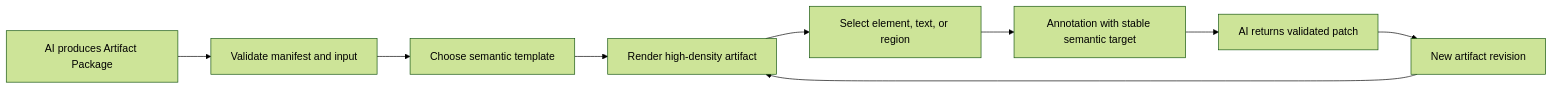
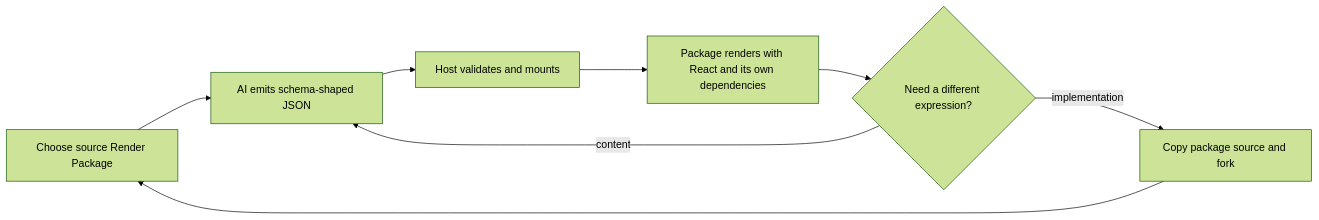
One commit to MivoAI/open-artifacts changed the diagram in docs/product-brief.md. Above: the diagram before and after it, drawn with Mermaid (forest theme). The commit also changed other lines of this file and 46 other files, not shown here.

Commit message:
feat: define source-first render package format

````diff
--- a/docs/product-brief.md
+++ b/docs/product-brief.md
@@ -23,11 +27,10 @@
 ```mermaid
 flowchart LR
-    A[AI produces Artifact Package] --> B[Validate manifest and input]
-    B --> C[Choose semantic template]
-    C --> D[Render high-density artifact]
-    D --> E[Select element, text, or region]
-    E --> F[Annotation with stable semantic target]
-    F --> G[AI returns validated patch]
-    G --> H[New artifact revision]
-    H --> D
+    A[Choose source Render Package] --> B[AI emits schema-shaped JSON]
+    B --> C[Host validates and mounts]
+    C --> D[Package renders with React and its own dependencies]
+    D --> E{Need a different expression?}
+    E -->|content| B
+    E -->|implementation| F[Copy package source and fork]
+    F --> A
 ```
````
